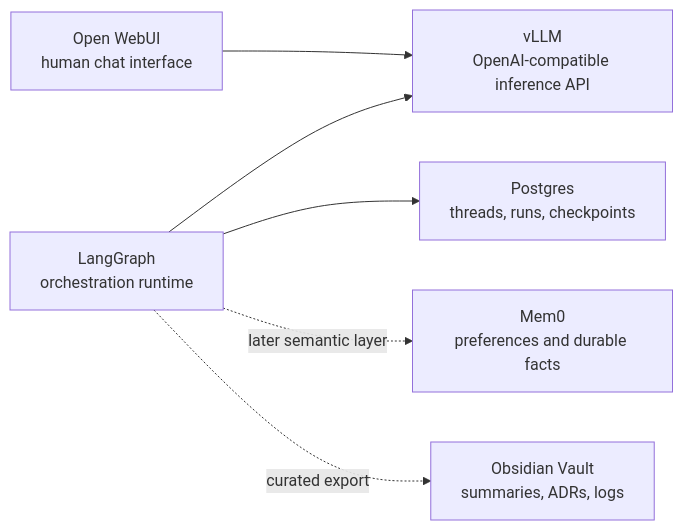
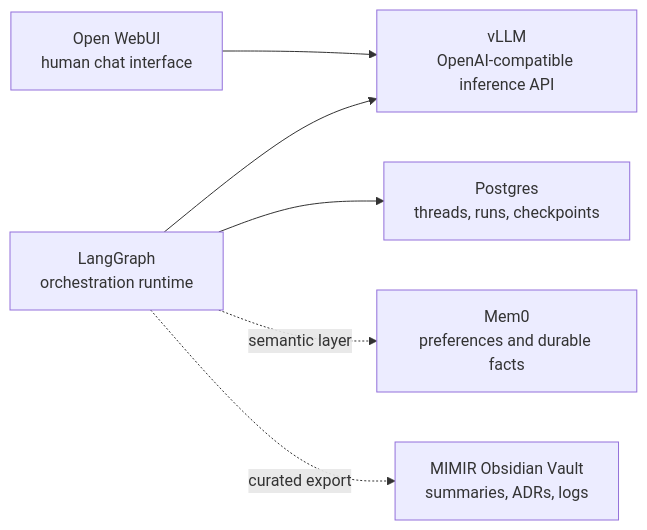
The first of 4 diagrams in docs/agent-memory-architecture.md (ixxet/Prometheus), drawn with Mermaid before and after one commit. The commit also changed other lines of this file and 10 other files, not shown here.

````diff
--- a/docs/agent-memory-architecture.md
+++ b/docs/agent-memory-architecture.md
@@ -77,8 +77,8 @@
 ```mermaid
 flowchart LR
   ui["Open WebUI\nhuman chat interface"] --> vllm["vLLM\nOpenAI-compatible inference API"]
   langgraph["LangGraph\norchestration runtime"] --> vllm
   langgraph --> pg["Postgres\nthreads, runs, checkpoints"]
-  langgraph -. later semantic layer .-> mem0["Mem0\npreferences and durable facts"]
-  langgraph -. curated export .-> obs["Obsidian Vault\nsummaries, ADRs, logs"]
+  langgraph -. semantic layer .-> mem0["Mem0\npreferences and durable facts"]
+  langgraph -. curated export .-> obs["MIMIR Obsidian Vault\nsummaries, ADRs, logs"]
 ```
````
